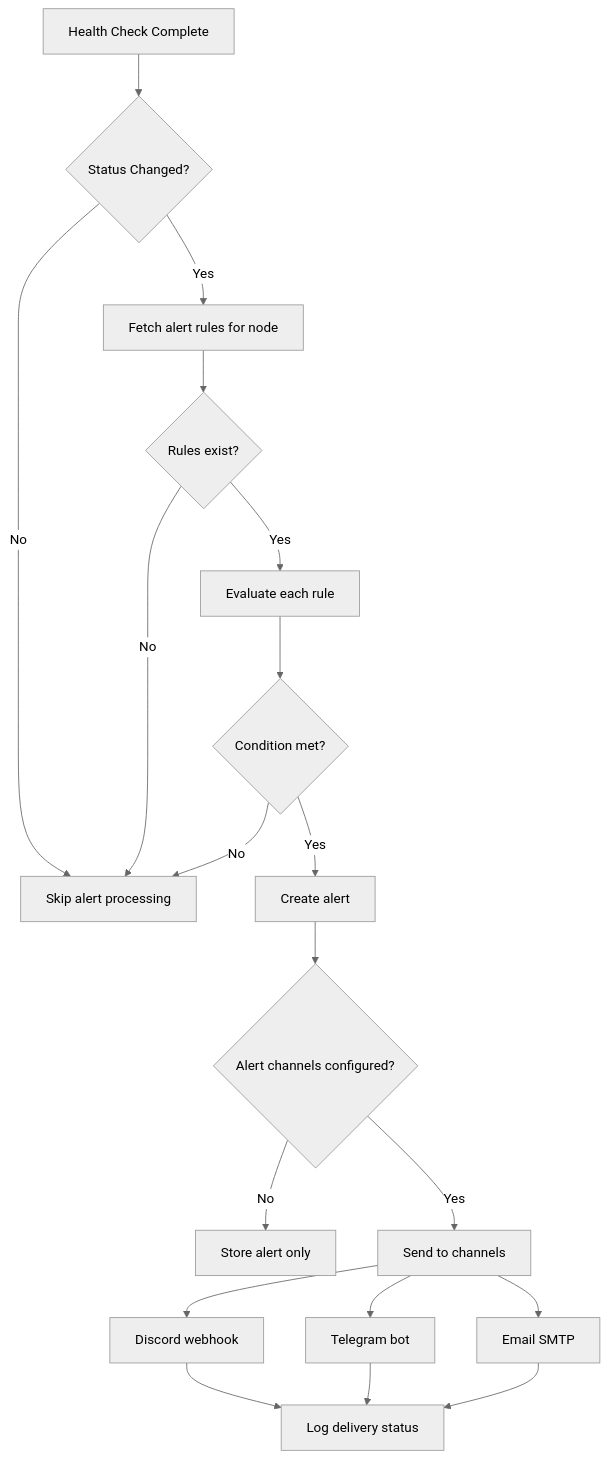
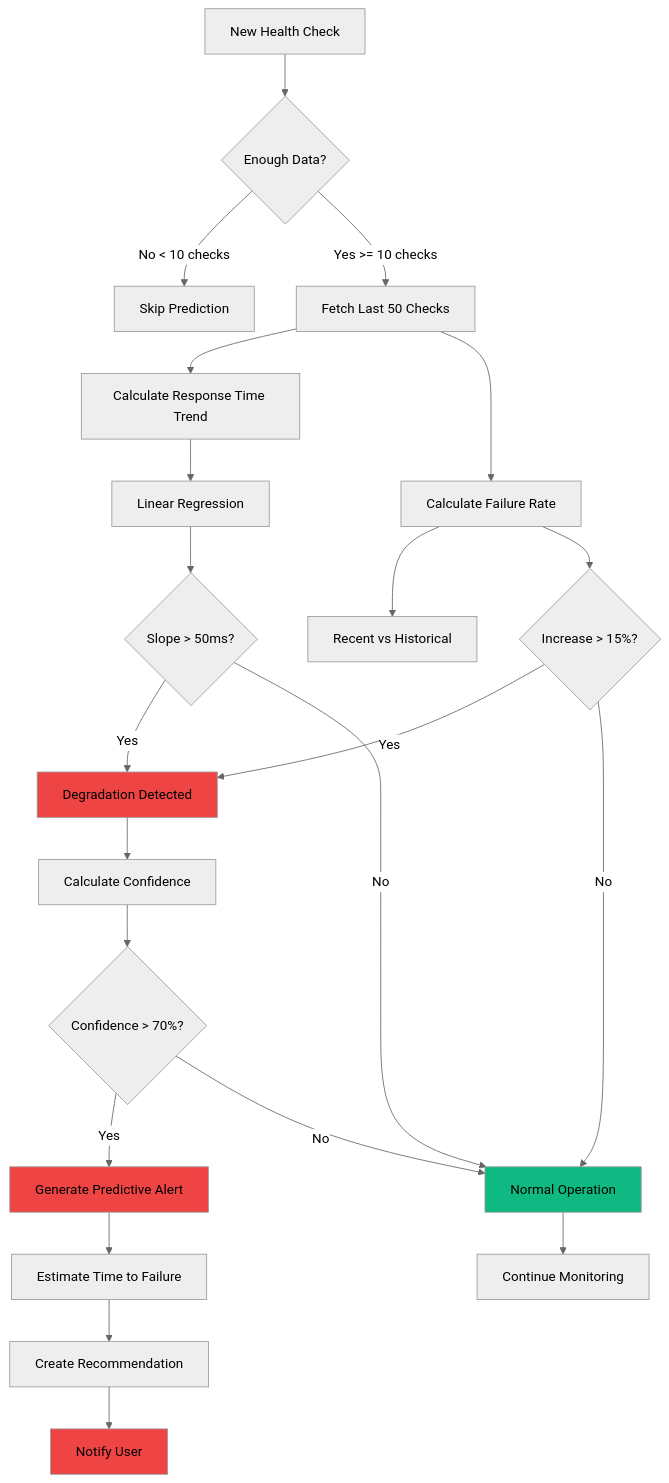
The fifth of 6 diagrams in README.md (TheSoftNode/NodePulse), drawn with Mermaid (neutral theme) before and after one commit. The commit also changed other lines of this file and 56 other files, not shown here.

````diff
--- a/README.md
+++ b/README.md
@@ -372,26 +318,38 @@
 ```mermaid
 flowchart TD
-    A[Health Check Complete] --> B{Status Changed?}
-    B -->|No| C[Skip alert processing]
-    B -->|Yes| D[Fetch alert rules for node]
+    A[New Health Check] --> B{Enough Data?}
+    B -->|No < 10 checks| C[Skip Prediction]
+    B -->|Yes >= 10 checks| D[Fetch Last 50 Checks]
 
-    D --> E{Rules exist?}
-    E -->|No| C
-    E -->|Yes| F[Evaluate each rule]
+    D --> E[Calculate Response Time Trend]
+    E --> F[Linear Regression]
 
-    F --> G{Condition met?}
-    G -->|No| C
-    G -->|Yes| H[Create alert]
+    D --> G[Calculate Failure Rate]
+    G --> H[Recent vs Historical]
 
-    H --> I{Alert channels configured?}
-    I -->|No| J[Store alert only]
-    I -->|Yes| K[Send to channels]
+    F --> I{Slope > 50ms?}
+    G --> J{Increase > 15%?}
 
-    K --> L[Discord webhook]
-    K --> M[Telegram bot]
-    K --> N[Email SMTP]
+    I -->|Yes| K[Degradation Detected]
+    J -->|Yes| K
 
-    L --> O[Log delivery status]
-    M --> O
-    N --> O
+    I -->|No| L[Normal Operation]
+    J -->|No| L
+
+    K --> M[Calculate Confidence]
+    M --> N{Confidence > 70%?}
+
+    N -->|Yes| O[Generate Predictive Alert]
+    N -->|No| L
+
+    O --> P[Estimate Time to Failure]
+    P --> Q[Create Recommendation]
+    Q --> R[Notify User]
+
+    L --> S[Continue Monitoring]
+
+    style K fill:#ef4444
+    style O fill:#ef4444
+    style R fill:#ef4444
+    style L fill:#10b981
 ```
````
